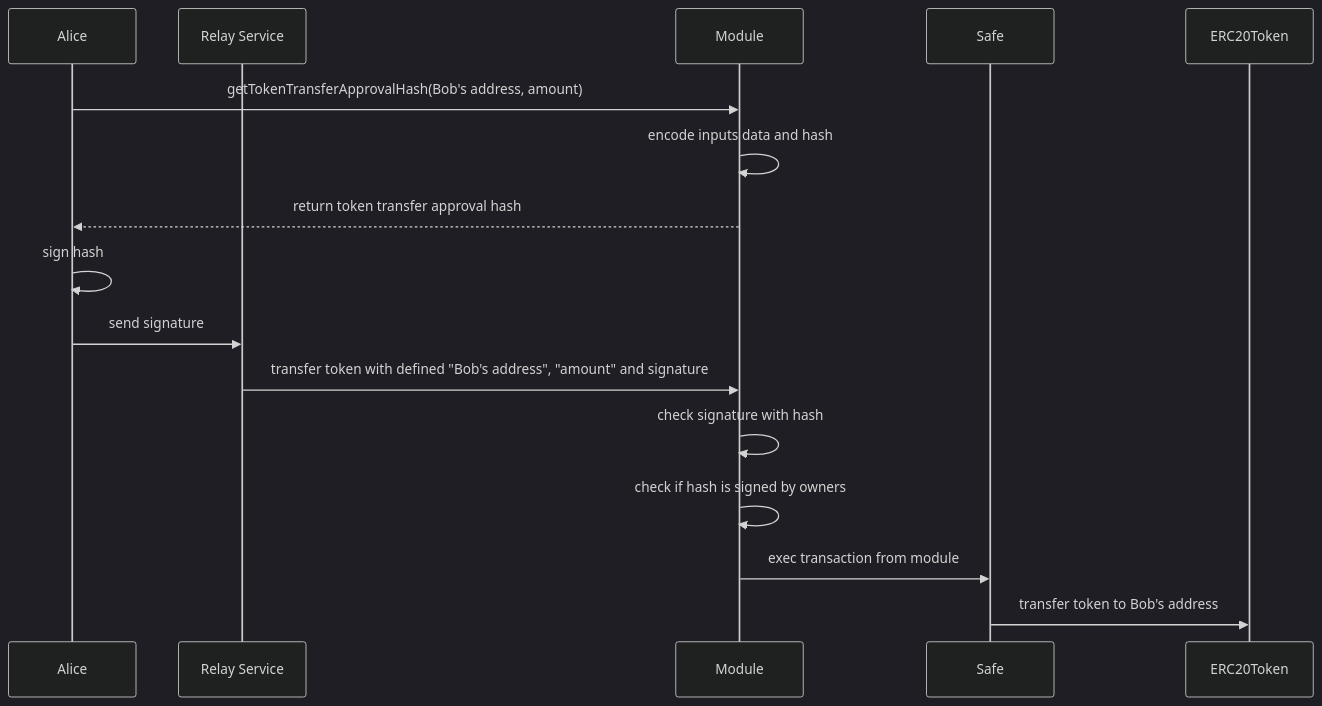
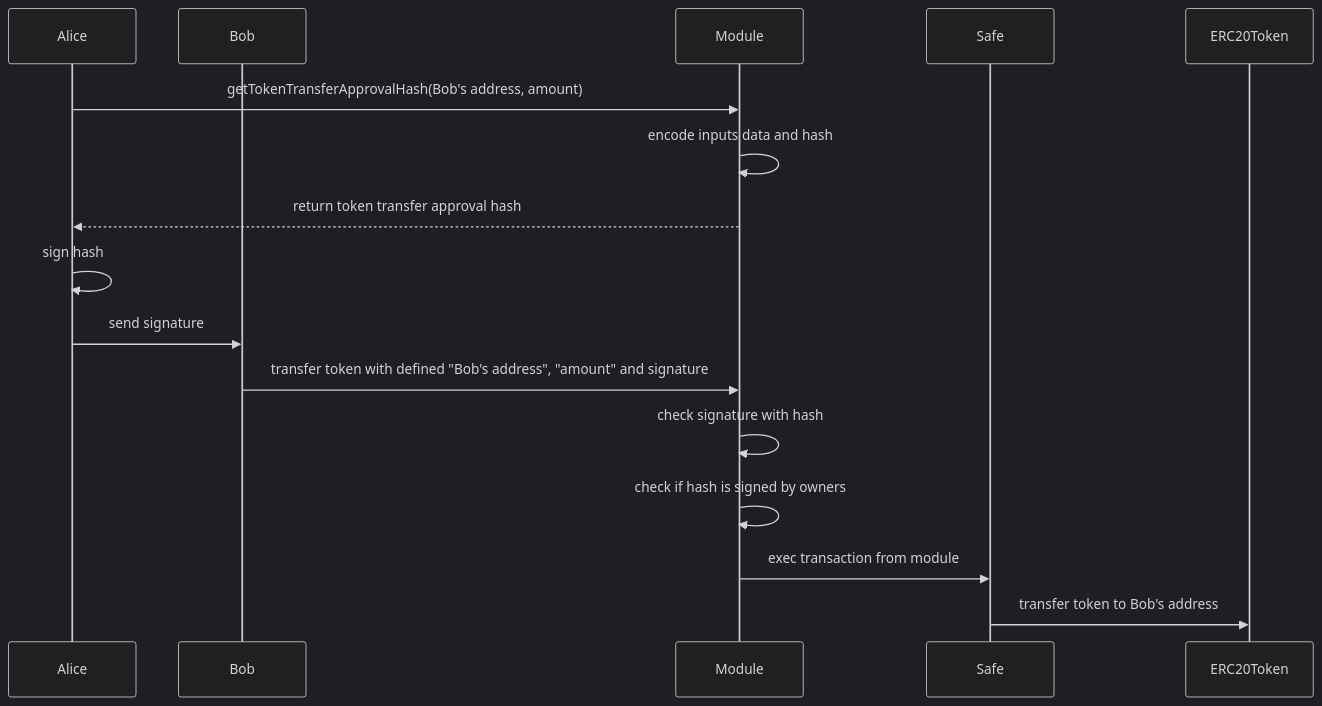
The diagram in README.md (aisuzuki/module-test), drawn with Mermaid (dark theme) before and after one commit. The commit also changed other lines of this file and 4 other files, not shown here.

````diff
--- a/README.md
+++ b/README.md
@@ -29,20 +26,20 @@
 ```mermaid
 sequenceDiagram
     participant Alice
-    participant Relay as Relay Service
+    participant Relay as Bob
     participant Module
     participant Safe
     participant ERC20Token
 
     Alice->>Module: getTokenTransferApprovalHash(Bob's address, amount)
     Module->>Module: encode inputs data and hash
     Module-->>Alice: return token transfer approval hash
     Alice->>Alice: sign hash
     Alice->>Relay: send signature
     Relay->>Module: transfer token with defined "Bob's address", "amount" and signature
     Module->>Module: check signature with hash
     Module->>Module: check if hash is signed by owners
     Module->>Safe: exec transaction from module
     Safe->>ERC20Token: transfer token to Bob's address
 
 ```
````
